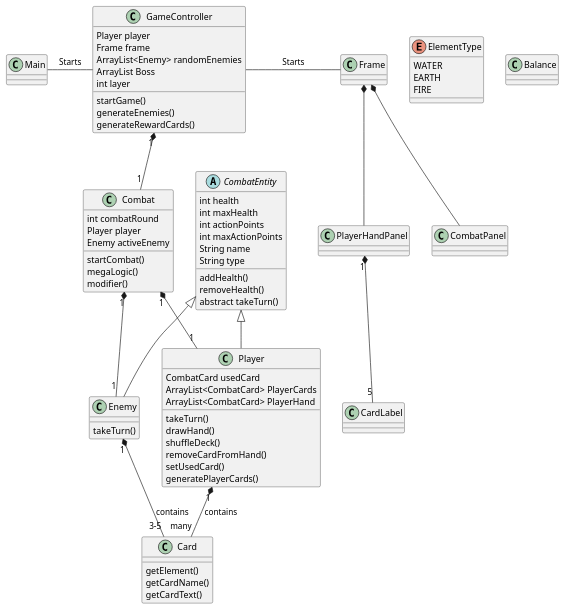
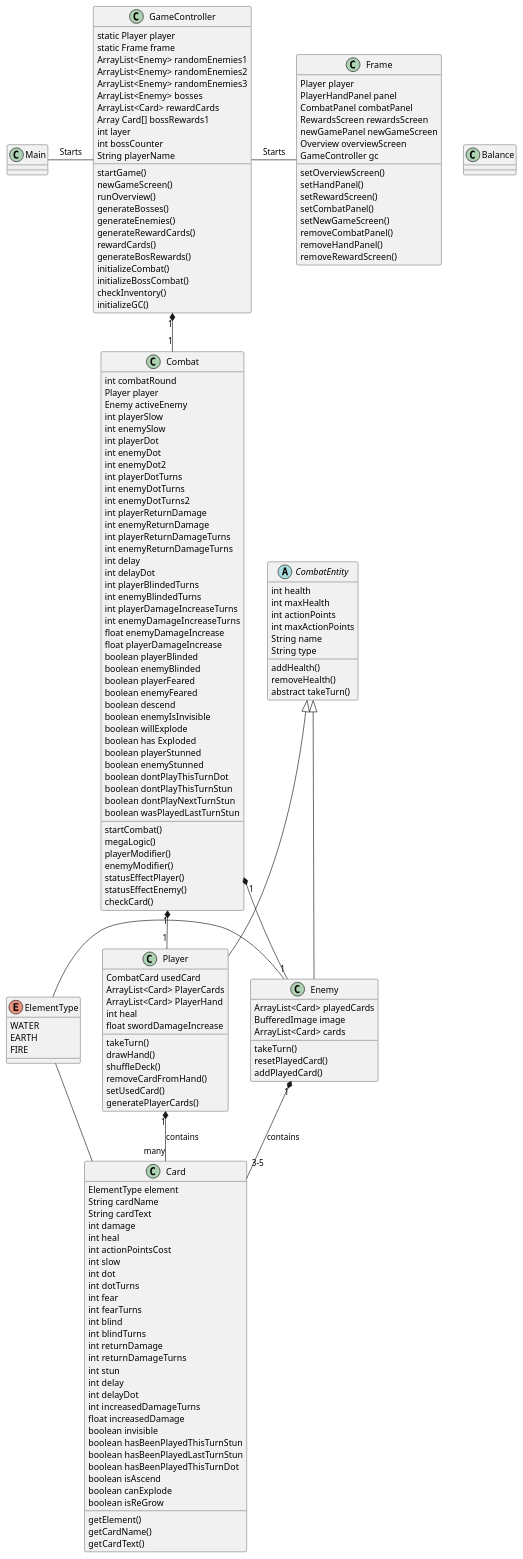
Before and after one commit to Mads725/SP4test-UML: the diagram in src/resources/ClassDiagram-v1.puml, drawn with PlantUML. The commit also changed 2 other files, not shown here.

Commit message:
Class diagram updates

```diff
--- a/src/resources/ClassDiagram-v1.puml
+++ b/src/resources/ClassDiagram-v1.puml
@@ -1,81 +1,190 @@
 @startuml
 'https://plantuml.com/class-diagram
 
 class Main
+
 enum ElementType {
 WATER
 EARTH
 FIRE
 }
+
 class GameController {
-Player player
-Frame frame
-ArrayList<Enemy> randomEnemies
-ArrayList Boss
+static Player player
+static Frame frame
+ArrayList<Enemy> randomEnemies1
+ArrayList<Enemy> randomEnemies2
+ArrayList<Enemy> randomEnemies3
+ArrayList<Enemy> bosses
+ArrayList<Card> rewardCards
+Array Card[] bossRewards1
 int layer
+int bossCounter
+String playerName
 startGame()
+newGameScreen()
+runOverview()
+generateBosses()
 generateEnemies()
 generateRewardCards()
+rewardCards()
+generateBosRewards()
+initializeCombat()
+initializeBossCombat()
+checkInventory()
+initializeGC()
 }
 
 class Combat {
 int combatRound
 Player player
 Enemy activeEnemy
+int playerSlow
+int enemySlow
+int playerDot
+int enemyDot
+int enemyDot2
+int playerDotTurns
+int enemyDotTurns
+int enemyDotTurns2
+int playerReturnDamage
+int enemyReturnDamage
+int playerReturnDamageTurns
+int enemyReturnDamageTurns
+int delay
+int delayDot
+int playerBlindedTurns
+int enemyBlindedTurns
+int playerDamageIncreaseTurns
+int enemyDamageIncreaseTurns
+float enemyDamageIncrease
+float playerDamageIncrease
+boolean playerBlinded
+boolean enemyBlinded
+boolean playerFeared
+boolean enemyFeared
+boolean descend
+boolean enemyIsInvisible
+boolean willExplode
+boolean has Exploded
+boolean playerStunned
+boolean enemyStunned
+boolean dontPlayThisTurnDot
+boolean dontPlayThisTurnStun
+boolean dontPlayNextTurnStun
+boolean wasPlayedLastTurnStun
+
 
 startCombat()
 megaLogic()
-modifier()
+playerModifier()
+enemyModifier()
+statusEffectPlayer()
+statusEffectEnemy()
+checkCard()
 }
+
 abstract class CombatEntity {
 int health
 int maxHealth
 int actionPoints
 int maxActionPoints
 String name
 String type
 addHealth()
 removeHealth()
 abstract takeTurn()
 }
+
 class Player {
 CombatCard usedCard
-ArrayList<CombatCard> PlayerCards
-ArrayList<CombatCard> PlayerHand
+ArrayList<Card> PlayerCards
+ArrayList<Card> PlayerHand
+int heal
+float swordDamageIncrease
 takeTurn()
 drawHand()
 shuffleDeck()
 removeCardFromHand()
 setUsedCard()
 generatePlayerCards()
 }
+
 class Enemy{
+ ArrayList<Card> playedCards
+ BufferedImage image
+ ArrayList<Card> cards
 takeTurn()
+resetPlayedCard()
+addPlayedCard()
 }
+
 class Card {
+ElementType element
+String cardName
+String cardText
+int damage
+int heal
+int actionPointsCost
+int slow
+int dot
+int dotTurns
+int fear
+int fearTurns
+int blind
+int blindTurns
+int returnDamage
+int returnDamageTurns
+int stun
+int delay
+int delayDot
+int increasedDamageTurns
+float increasedDamage
+boolean invisible
+boolean hasBeenPlayedThisTurnStun
+boolean hasBeenPlayedLastTurnStun
+boolean hasBeenPlayedThisTurnDot
+boolean isAscend
+boolean canExplode
+boolean isReGrow
 getElement()
 getCardName()
 getCardText()
 }
-class Balance
 
-class Frame
-class CardLabel
-class CombatPanel
-class PlayerHandPanel
+class Balance {
+}
+
+class Frame {
+Player player
+PlayerHandPanel panel
+CombatPanel combatPanel
+RewardsScreen rewardsScreen
+newGamePanel newGameScreen
+Overview overviewScreen
+GameController gc
+setOverviewScreen()
+setHandPanel()
+setRewardScreen()
+setCombatPanel()
+setNewGameScreen()
+removeCombatPanel()
+removeHandPanel()
+removeRewardScreen()
+}
+
 
 Main - GameController : Starts
 GameController "1" *-- "1"Combat
 Combat "1" *-- "1" Player
 Combat "1" *-- "1" Enemy
 CombatEntity <|-- Player
 CombatEntity <|-- Enemy
 Player "1" *-- "many" Card : contains
 Enemy "1" *-- "3-5" Card : contains
+ElementType - Enemy
+ElementType - Card
 
 GameController - Frame : Starts
-Frame *-- CombatPanel
-Frame *-- PlayerHandPanel
-PlayerHandPanel "1" *-- "5" CardLabel
 
 @enduml
```
